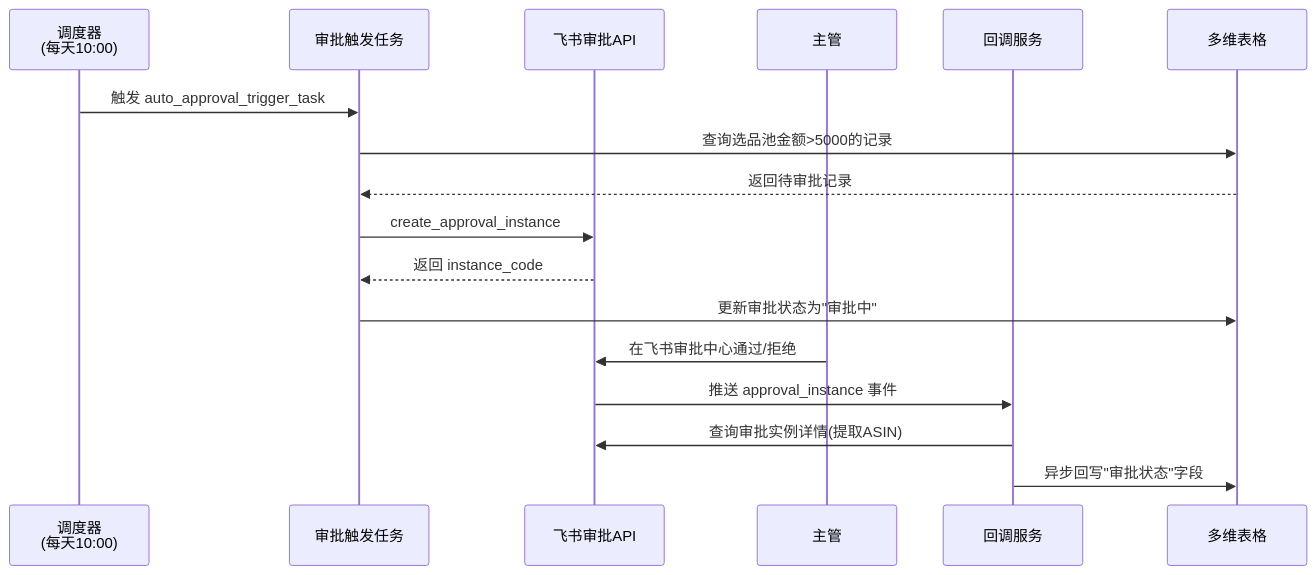
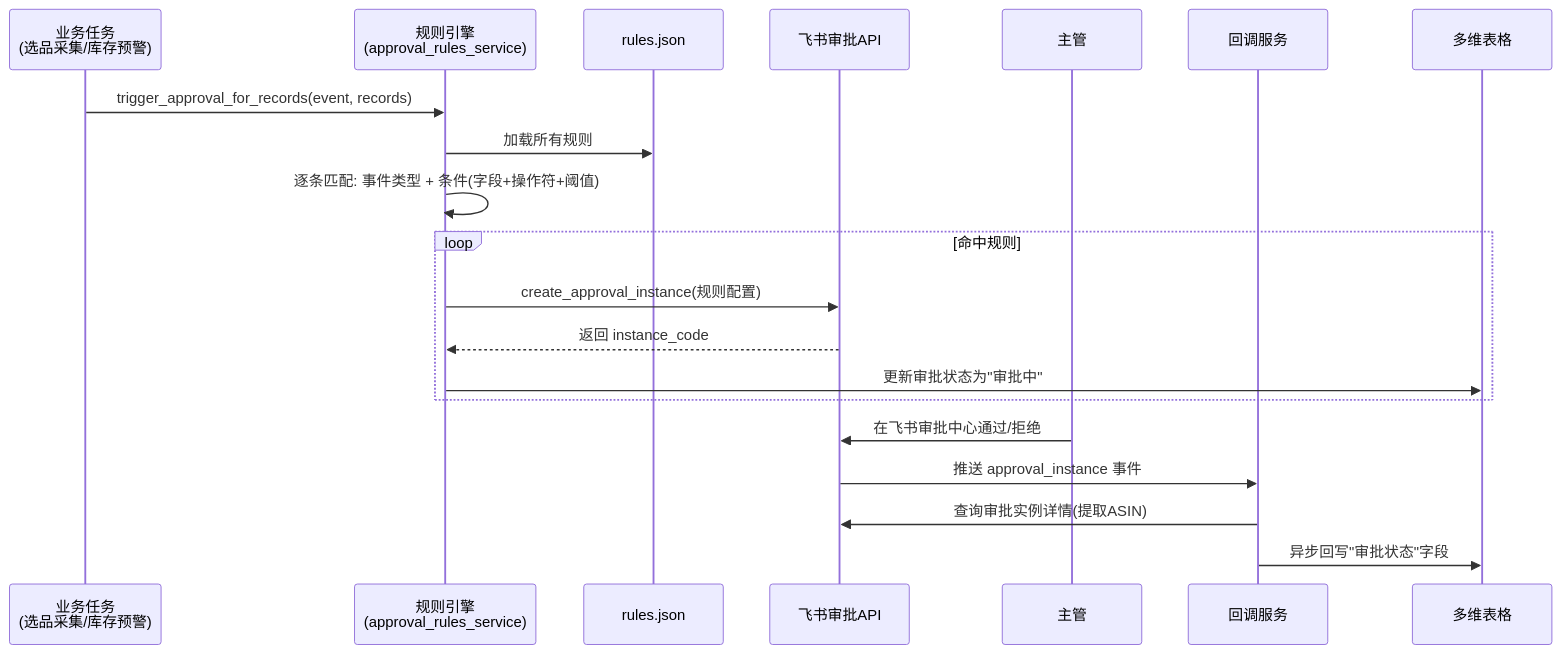
The eighth of 15 diagrams in ARCHITECTURE.md (lbh1nb/cross-border-ai-platform), drawn with Mermaid before and after one commit. The commit also changed other lines of this file and 30 other files, not shown here.

````diff
--- a/ARCHITECTURE.md
+++ b/ARCHITECTURE.md
@@ -333,20 +333,23 @@
 ```mermaid
 sequenceDiagram
-    participant Sched as 调度器<br/>(每天10:00)
-    participant Trigger as 审批触发任务
+    participant Task as 业务任务<br/>(选品采集/库存预警)
+    participant Rules as 规则引擎<br/>(approval_rules_service)
+    participant JSON as rules.json
     participant Approval as 飞书审批API
     participant Mgr as 主管
     participant Callback as 回调服务
     participant Bitable as 多维表格
 
-    Sched->>Trigger: 触发 auto_approval_trigger_task
-    Trigger->>Bitable: 查询选品池金额>5000的记录
-    Bitable-->>Trigger: 返回待审批记录
-    Trigger->>Approval: create_approval_instance
-    Approval-->>Trigger: 返回 instance_code
-    Trigger->>Bitable: 更新审批状态为"审批中"
+    Task->>Rules: trigger_approval_for_records(event, records)
+    Rules->>JSON: 加载所有规则
+    Rules->>Rules: 逐条匹配: 事件类型 + 条件(字段+操作符+阈值)
+    loop 命中规则
+        Rules->>Approval: create_approval_instance(规则配置)
+        Approval-->>Rules: 返回 instance_code
+        Rules->>Bitable: 更新审批状态为"审批中"
+    end
     Mgr->>Approval: 在飞书审批中心通过/拒绝
     Approval->>Callback: 推送 approval_instance 事件
     Callback->>Approval: 查询审批实例详情(提取ASIN)
     Callback->>Bitable: 异步回写"审批状态"字段
 ```
````
